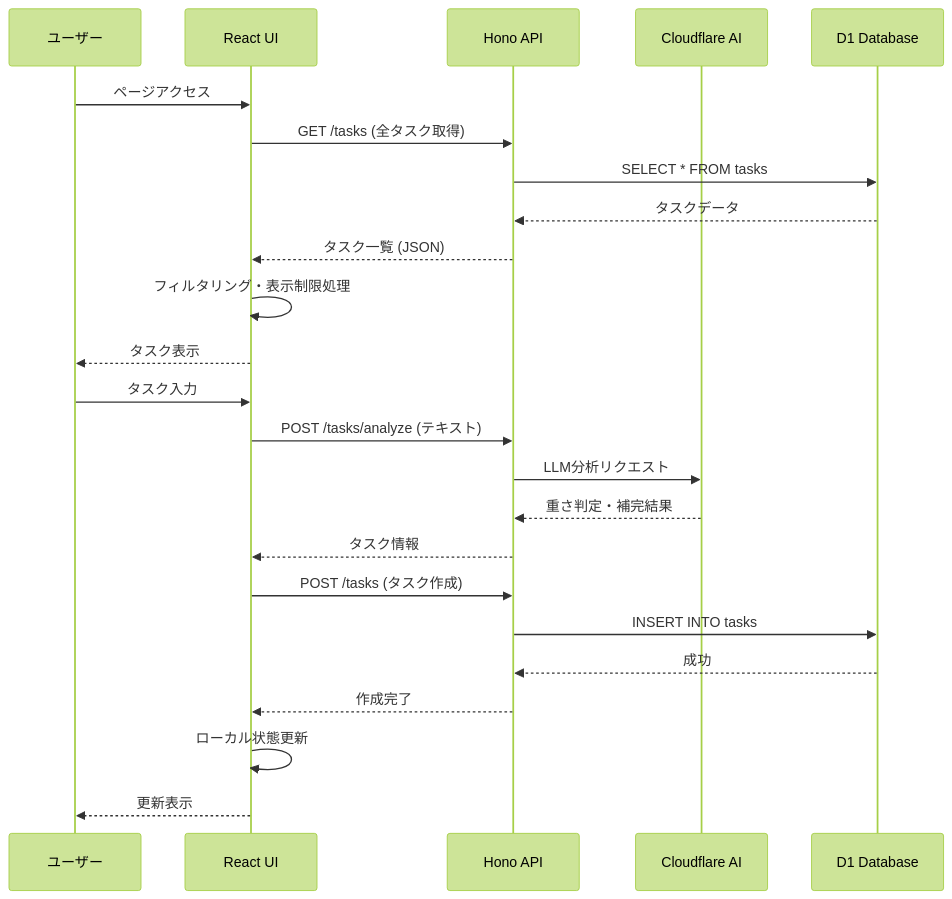
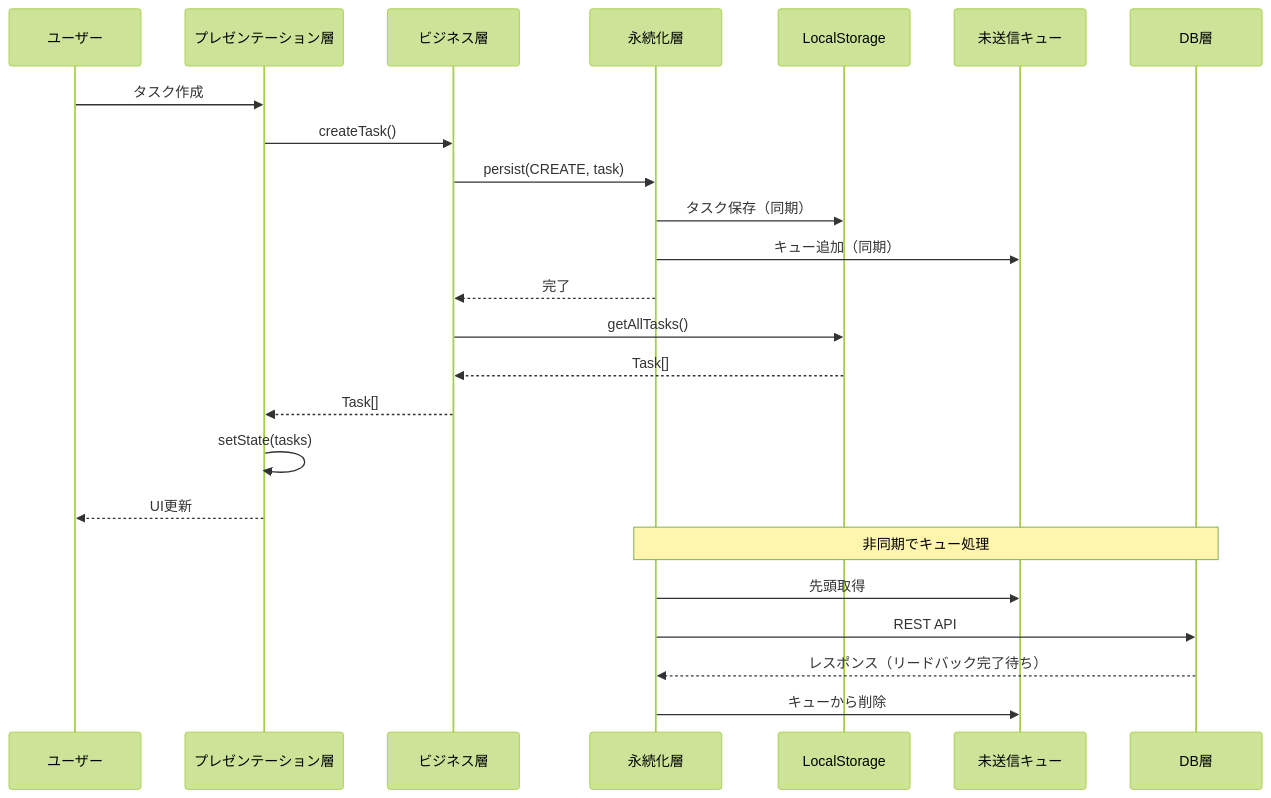
One commit to osawa-naotaka/vanishtodo changed the third of 4 diagrams in doc/05_01_ARCHETECTURE.md. Above: the diagram before and after it, drawn with Mermaid (forest theme). The commit also changed other lines of this file, not shown here.

````diff
--- a/doc/05_01_ARCHETECTURE.md
+++ b/doc/05_01_ARCHETECTURE.md
@@ -36,28 +265,28 @@
 ```mermaid
 sequenceDiagram
     participant User as ユーザー
-    participant UI as React UI
-    participant API as Hono API
-    participant AI as Cloudflare AI
-    participant DB as D1 Database
+    participant PL as プレゼンテーション層
+    participant BL as ビジネス層
+    participant SL as 永続化層
+    participant LS as LocalStorage
+    participant Q as 未送信キュー
+    participant DB as DB層
+
+    User->>PL: タスク作成
+    PL->>BL: createTask()
+    BL->>SL: persist(CREATE, task)
+    SL->>LS: タスク保存（同期）
+    SL->>Q: キュー追加（同期）
+    SL-->>BL: 完了
+    BL->>LS: getAllTasks()
+    LS-->>BL: Task[]
+    BL-->>PL: Task[]
+    PL->>PL: setState(tasks)
+    PL-->>User: UI更新
     
-    User->>UI: ページアクセス
-    UI->>API: GET /tasks (全タスク取得)
-    API->>DB: SELECT * FROM tasks
-    DB-->>API: タスクデータ
-    API-->>UI: タスク一覧 (JSON)
-    UI->>UI: フィルタリング・表示制限処理
-    UI-->>User: タスク表示
-    
-    User->>UI: タスク入力
-    UI->>API: POST /tasks/analyze (テキスト)
-    API->>AI: LLM分析リクエスト
-    AI-->>API: 重さ判定・補完結果
-    API-->>UI: タスク情報
-    UI->>API: POST /tasks (タスク作成)
-    API->>DB: INSERT INTO tasks
-    DB-->>API: 成功
-    API-->>UI: 作成完了
-    UI->>UI: ローカル状態更新
-    UI-->>User: 更新表示
+    Note over SL,DB: 非同期でキュー処理
+    SL->>Q: 先頭取得
+    SL->>DB: REST API
+    DB-->>SL: レスポンス（リードバック完了待ち）
+    SL->>Q: キューから削除
 ```
````
